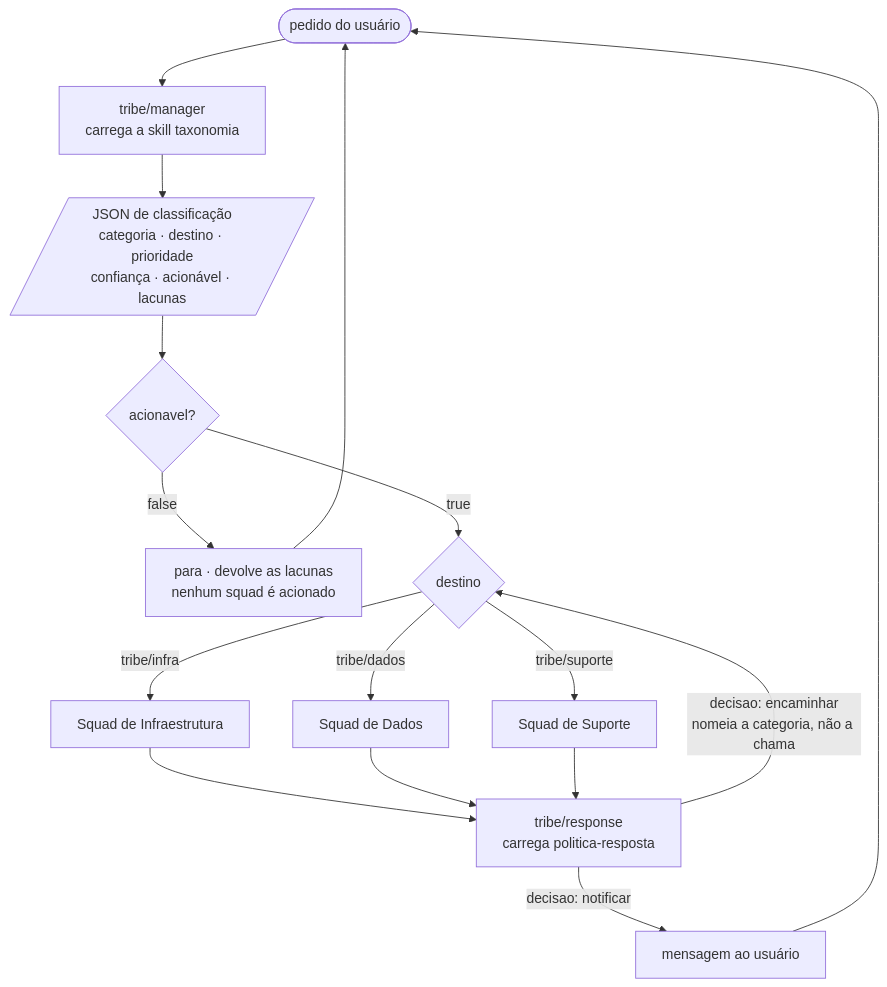
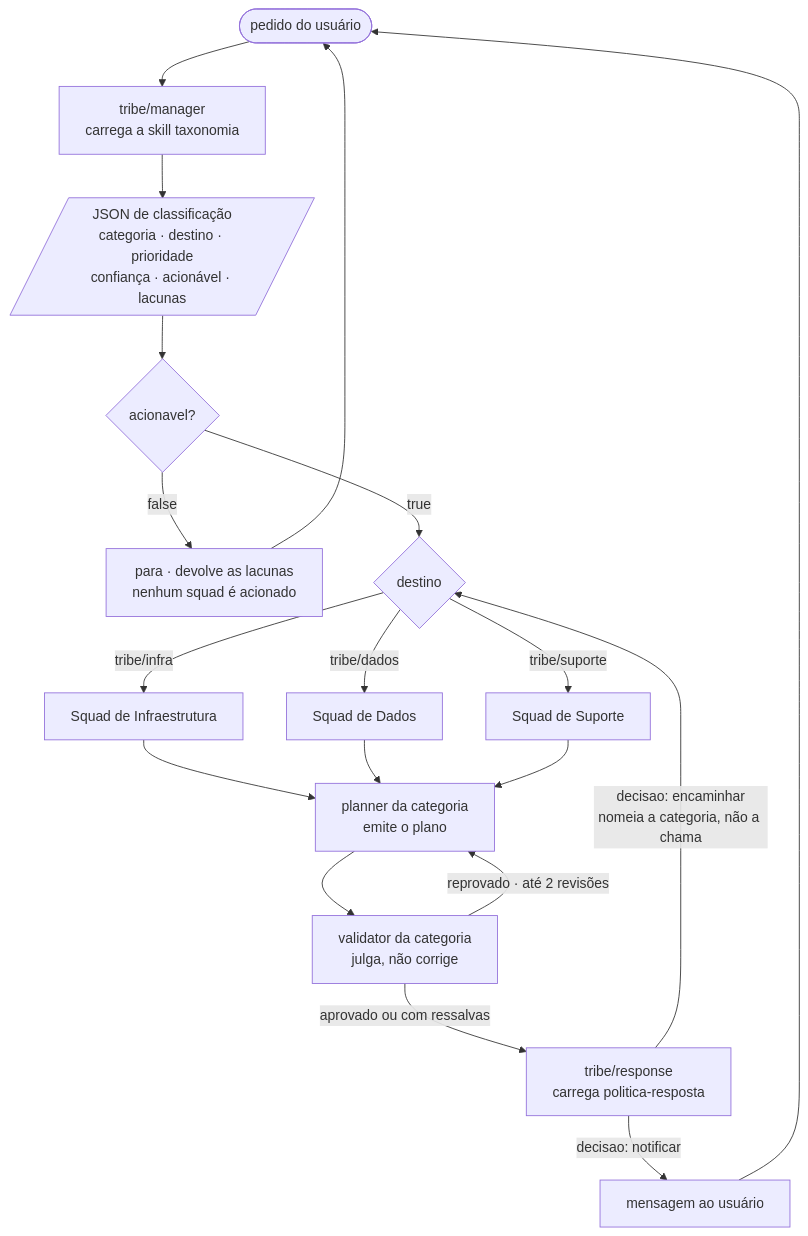
One commit to 0xHackerSpace/squadAgents changed diagram 17 of 17 in adr.md. Above: the diagram before and after it, drawn with Mermaid. The commit also changed other lines of this file and 16 other files, not shown here.

First line of the commit message:
feat: every squad now fields a planner and a validator

````diff
--- a/adr.md
+++ b/adr.md
@@ -821,16 +828,20 @@
 ```mermaid
 flowchart TD
     U(["pedido do usuário"]) --> M["tribe/manager<br/>carrega a skill taxonomia"]
     M --> J[/"JSON de classificação<br/>categoria · destino · prioridade<br/>confiança · acionável · lacunas"/]
     J --> A{"acionavel?"}
     A -->|"false"| P["para · devolve as lacunas<br/>nenhum squad é acionado"]
     A -->|"true"| D{"destino"}
     D -->|"tribe/infra"| I["Squad de Infraestrutura"]
     D -->|"tribe/dados"| DA["Squad de Dados"]
     D -->|"tribe/suporte"| S["Squad de Suporte"]
-    I & DA & S --> RC["tribe/response<br/>carrega politica-resposta"]
+
+    I & DA & S --> PL["planner da categoria<br/>emite o plano"]
+    PL --> VA["validator da categoria<br/>julga, não corrige"]
+    VA -->|"reprovado · até 2 revisões"| PL
+    VA -->|"aprovado ou com ressalvas"| RC["tribe/response<br/>carrega politica-resposta"]
     RC -->|"decisao: encaminhar<br/>nomeia a categoria, não a chama"| D
     RC -->|"decisao: notificar"| R["mensagem ao usuário"]
     P --> U
     R --> U
 ```
````
